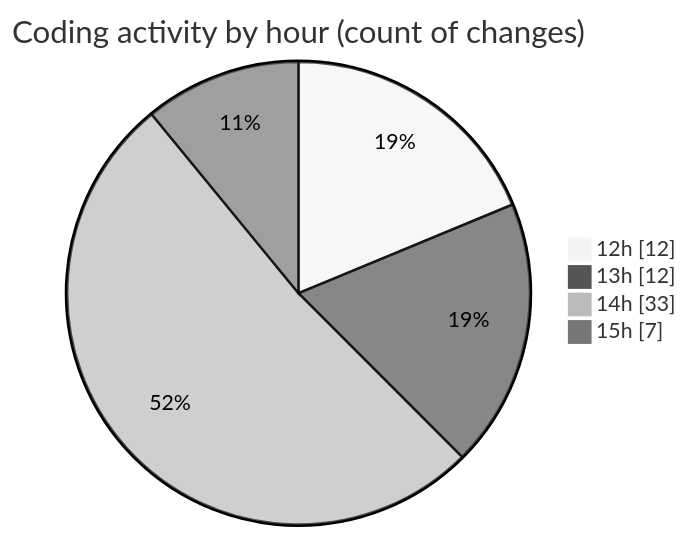
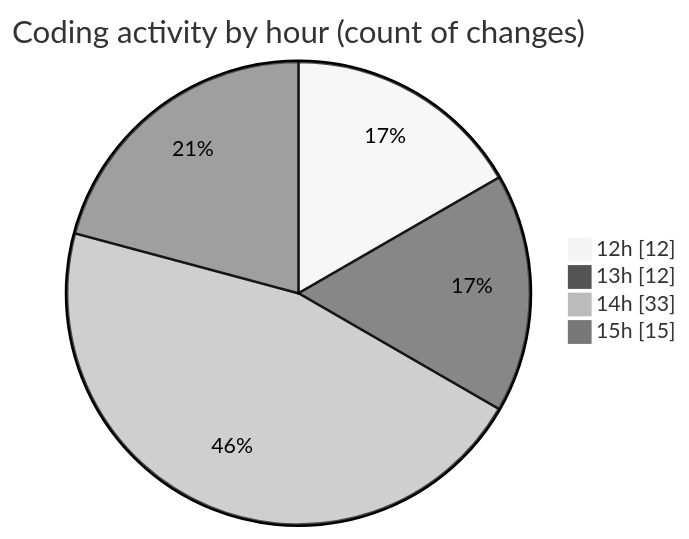
The second of 2 diagrams in 2025-09-24/cda/README.md (momahboobian/code-tracking), drawn with Mermaid (neutral theme) before and after one commit. The commit also changed other lines of this file and 1 other file, not shown here.

````diff
--- a/2025-09-24/cda/README.md
+++ b/2025-09-24/cda/README.md
@@ -38,8 +38,8 @@
 ```mermaid
 pie showData
 title Coding activity by hour (count of changes)
 "12h" : 12
 "13h" : 12
 "14h" : 33
-"15h" : 7
+"15h" : 15
 ```
````
